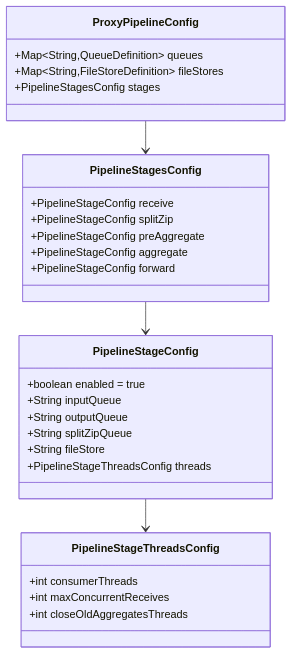
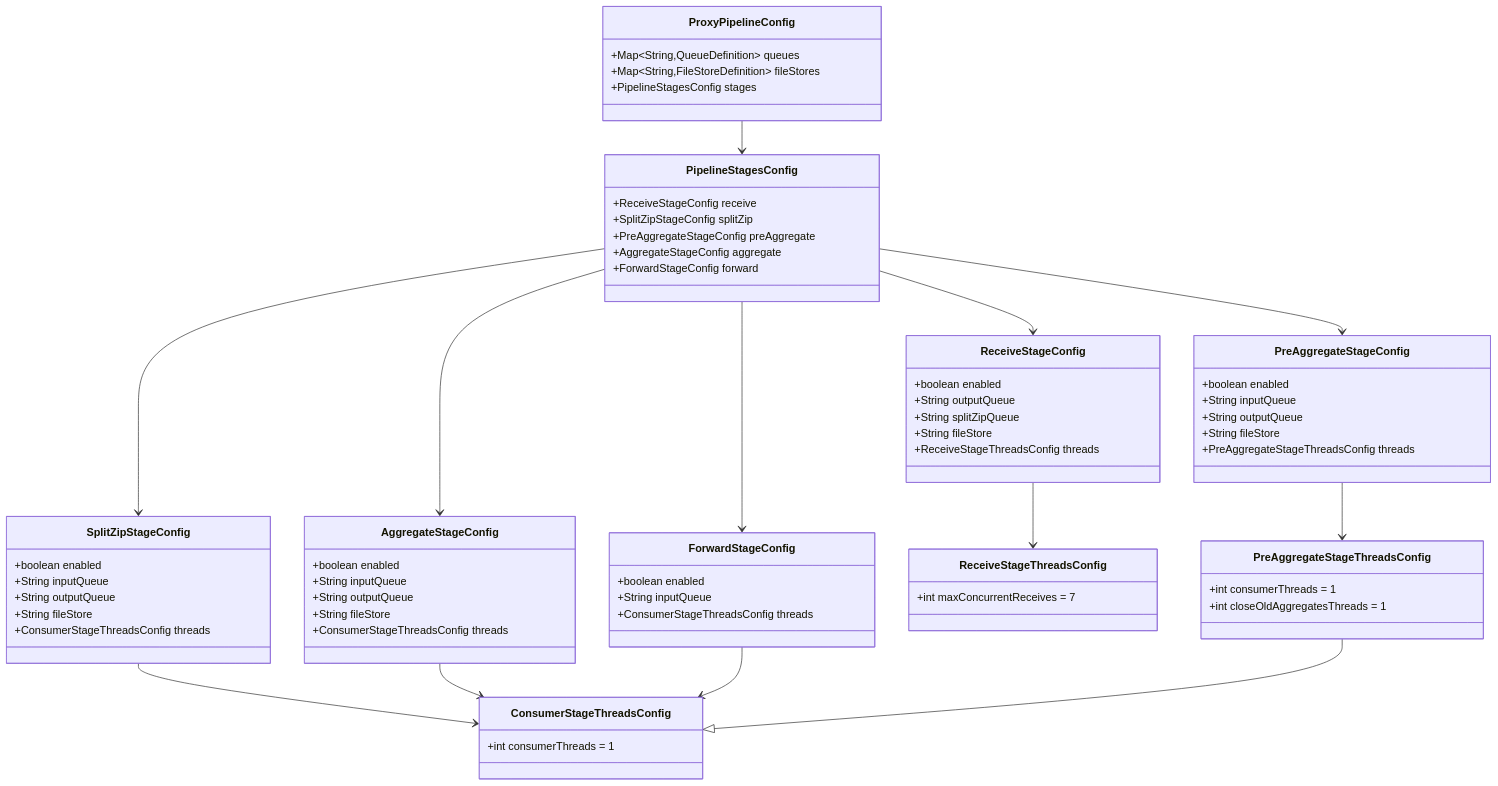
The fourth of 5 diagrams in stroom-proxy/designs/detailed-design.md (gchq/stroom), drawn with Mermaid before and after one commit. The commit also changed other lines of this file and 96 other files, not shown here.

````diff
--- a/stroom-proxy/designs/detailed-design.md
+++ b/stroom-proxy/designs/detailed-design.md
@@ -234,35 +279,80 @@
 ```mermaid
 classDiagram
     class ProxyPipelineConfig {
         +Map~String,QueueDefinition~ queues
         +Map~String,FileStoreDefinition~ fileStores
         +PipelineStagesConfig stages
     }
 
     class PipelineStagesConfig {
-        +PipelineStageConfig receive
-        +PipelineStageConfig splitZip
-        +PipelineStageConfig preAggregate
-        +PipelineStageConfig aggregate
-        +PipelineStageConfig forward
+        +ReceiveStageConfig receive
+        +SplitZipStageConfig splitZip
+        +PreAggregateStageConfig preAggregate
+        +AggregateStageConfig aggregate
+        +ForwardStageConfig forward
     }
 
-    class PipelineStageConfig {
-        +boolean enabled = true
-        +String inputQueue
+    class ReceiveStageConfig {
+        +boolean enabled
         +String outputQueue
         +String splitZipQueue
         +String fileStore
-        +PipelineStageThreadsConfig threads
+        +ReceiveStageThreadsConfig threads
     }
 
-    class PipelineStageThreadsConfig {
-        +int consumerThreads
-        +int maxConcurrentReceives
-        +int closeOldAggregatesThreads
+    class SplitZipStageConfig {
+        +boolean enabled
+        +String inputQueue
+        +String outputQueue
+        +String fileStore
+        +ConsumerStageThreadsConfig threads
+    }
+
+    class PreAggregateStageConfig {
+        +boolean enabled
+        +String inputQueue
+        +String outputQueue
+        +String fileStore
+        +PreAggregateStageThreadsConfig threads
+    }
+
+    class AggregateStageConfig {
+        +boolean enabled
+        +String inputQueue
+        +String outputQueue
+        +String fileStore
+        +ConsumerStageThreadsConfig threads
+    }
+
+    class ForwardStageConfig {
+        +boolean enabled
+        +String inputQueue
+        +ConsumerStageThreadsConfig threads
+    }
+
+    class ConsumerStageThreadsConfig {
+        +int consumerThreads = 1
+    }
+
+    class ReceiveStageThreadsConfig {
+        +int maxConcurrentReceives = 7
+    }
+
+    class PreAggregateStageThreadsConfig {
+        +int consumerThreads = 1
+        +int closeOldAggregatesThreads = 1
     }
 
     ProxyPipelineConfig --> PipelineStagesConfig
-    PipelineStagesConfig --> PipelineStageConfig
-    PipelineStageConfig --> PipelineStageThreadsConfig
+    PipelineStagesConfig --> ReceiveStageConfig
+    PipelineStagesConfig --> SplitZipStageConfig
+    PipelineStagesConfig --> PreAggregateStageConfig
+    PipelineStagesConfig --> AggregateStageConfig
+    PipelineStagesConfig --> ForwardStageConfig
+    ReceiveStageConfig --> ReceiveStageThreadsConfig
+    SplitZipStageConfig --> ConsumerStageThreadsConfig
+    PreAggregateStageConfig --> PreAggregateStageThreadsConfig
+    AggregateStageConfig --> ConsumerStageThreadsConfig
+    ForwardStageConfig --> ConsumerStageThreadsConfig
+    PreAggregateStageThreadsConfig --|> ConsumerStageThreadsConfig
 ```
````
